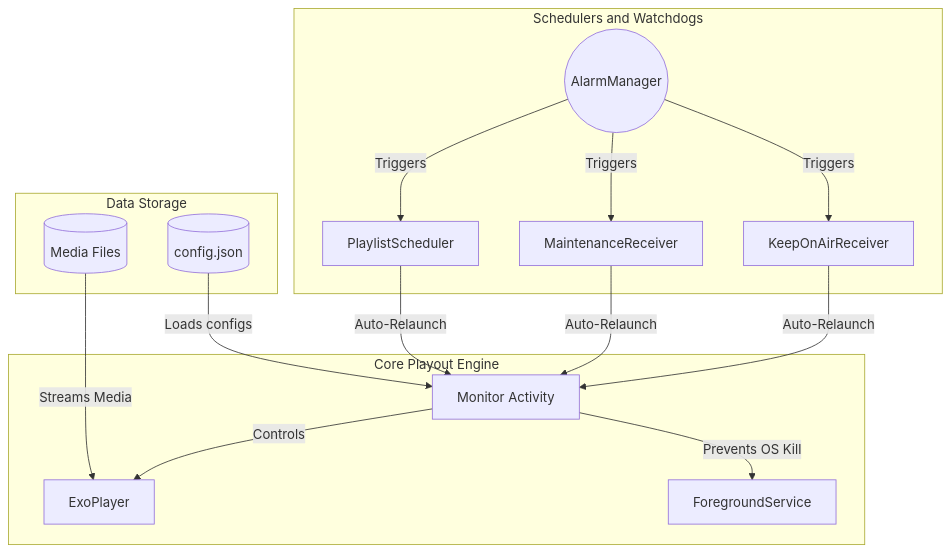
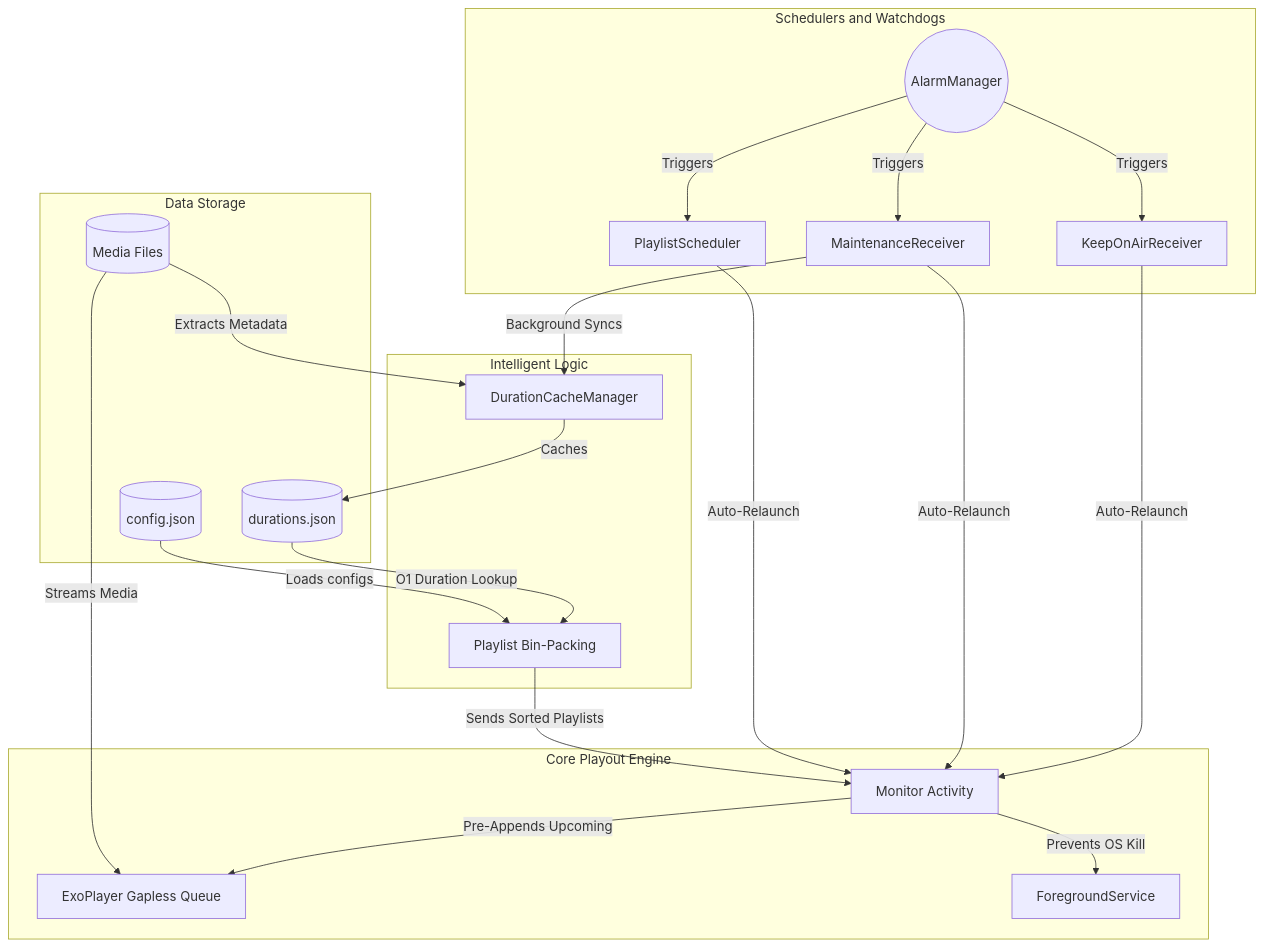
Before and after one commit to Muta-Jonathan/Telefyna-Kotlin-Application: the diagram in README.md, drawn with Mermaid. The commit also changed other lines of this file and 6 other files, not shown here.

First line of the commit message:
feat: implement gapless transitions and intelligent filler bin-packing

````diff
--- a/README.md
+++ b/README.md
@@ -22,34 +22,45 @@
 ```mermaid
 graph TD
     subgraph Core_Playout_Engine [Core Playout Engine]
         M[Monitor Activity]
-        P[ExoPlayer]
+        P[ExoPlayer Gapless Queue]
         FS[ForegroundService]
     end
 
     subgraph Schedulers_Watchdogs [Schedulers and Watchdogs]
         AM((AlarmManager))
         PS[PlaylistScheduler]
         MR[MaintenanceReceiver]
         KOA[KeepOnAirReceiver]
     end
 
+    subgraph Logic_Engine [Intelligent Logic]
+        DCM[DurationCacheManager]
+        U[Playlist Bin-Packing]
+    end
+
     subgraph Data_Storage [Data Storage]
         Cfg[(config.json)]
         Ply[(Media Files)]
+        DC[(durations.json)]
     end
 
-    Cfg -->|Loads configs| M
+    Cfg -->|Loads configs| U
+    Ply -->|Extracts Metadata| DCM
+    DCM -->|Caches| DC
+    DC -->|O1 Duration Lookup| U
+    U -->|Sends Sorted Playlists| M
+    
     Ply -->|Streams Media| P
-    
-    M -->|Controls| P
+    M -->|Pre-Appends Upcoming| P
     M -->|Prevents OS Kill| FS
     
     AM -->|Triggers| PS
     AM -->|Triggers| MR
     AM -->|Triggers| KOA
 
     PS -->|Auto-Relaunch| M
+    MR -->|Background Syncs| DCM
     MR -->|Auto-Relaunch| M
     KOA -->|Auto-Relaunch| M
 ```
````
